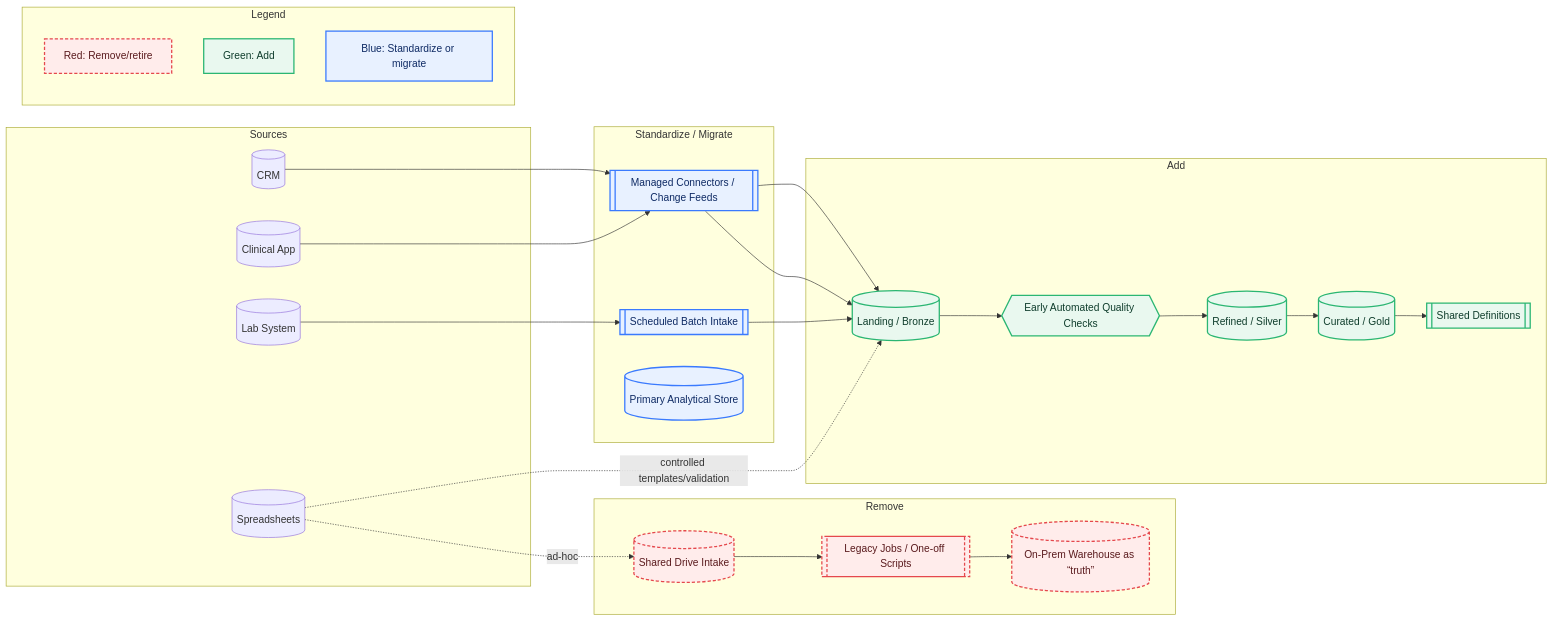
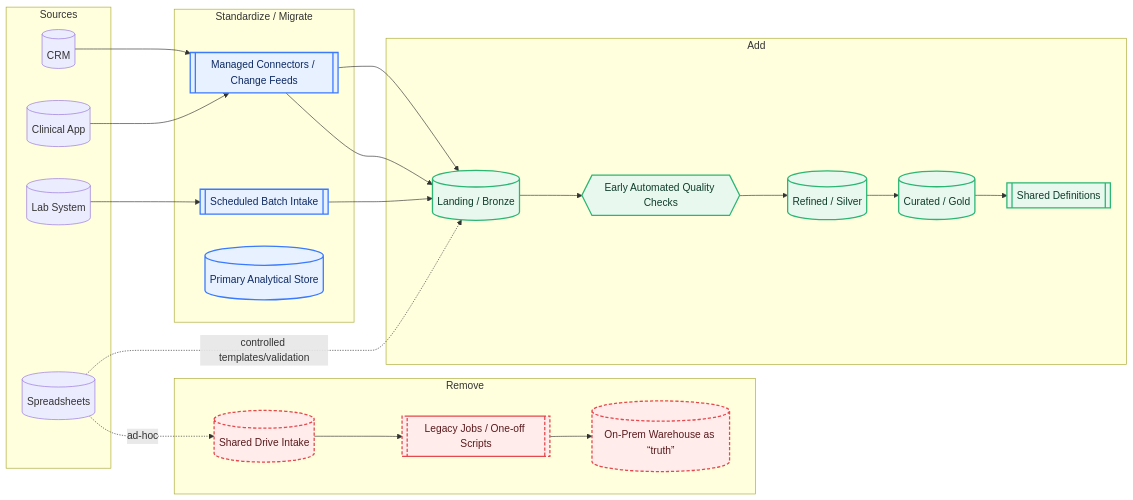
The third of 3 diagrams in _posts/2025-08-27-fragmented-data-flows-to-governed-data-pipelines.md.md (mlogan914/mlogan914.github.io), drawn with Mermaid before and after one commit. The commit also changed other lines of this file, not shown here.

Commit message:
Updated article

````diff
--- a/_posts/2025-08-27-fragmented-data-flows-to-governed-data-pipelines.md.md
+++ b/_posts/2025-08-27-fragmented-data-flows-to-governed-data-pipelines.md.md
@@ -136,64 +136,54 @@
 ```mermaid
 flowchart LR
   %% DELTA MAP: Red=retire, Green=add, Blue=standardize/migrate
 
   %% Sources (unchanged)
   subgraph SRC[Sources]
     CRM[(CRM)]
     EHR[(Clinical App)]
     LIMS[(Lab System)]
     Sheets[(Spreadsheets)]
   end
 
   %% Retire / Remove (RED)
   subgraph RET[Remove]
     NAS[(Shared Drive Intake)]:::retire
     Legacy[[Legacy Jobs / One-off Scripts]]:::retire
     OnDW[(On-Prem Warehouse as “truth”)]:::retire
   end
 
   %% Add (GREEN)
   subgraph ADD[Add]
     Bronze[(Landing / Bronze)]:::add
     DQ{{Early Automated Quality Checks}}:::add
     Silver[(Refined / Silver)]:::add
     Gold[(Curated / Gold)]:::add
     Semantic[[Shared Definitions]]:::add
   end
 
   %% Standardize / Migrate (BLUE)
   subgraph STD[Standardize / Migrate]
     CDC[[Managed Connectors / Change Feeds]]:::migrate
     Batch[[Scheduled Batch Intake]]:::migrate
     Cloud[(Primary Analytical Store)]:::migrate
   end
 
   %% Flows into the governed entry points
   CRM --> CDC --> Bronze
   EHR --> CDC --> Bronze
   LIMS --> Batch --> Bronze
   Sheets -. controlled templates/validation .-> Bronze
 
   %% Old/retiring paths (fading)
   Sheets -. ad-hoc .-> NAS
   NAS --> Legacy --> OnDW
 
   %% New governed flow
   Bronze --> DQ --> Silver --> Gold
   Gold --> Semantic
 
   %% Styling
   classDef retire fill:#ffeceb,stroke:#e5484d,stroke-dasharray:5 3,stroke-width:2px,color:#5a1a1d;
   classDef add fill:#e9f8ef,stroke:#2bb673,stroke-width:2px,color:#0f3d2c;
   classDef migrate fill:#e8f1ff,stroke:#3a7afe,stroke-width:2px,color:#0e2a64;
-
-  %% Legend (self-contained so screenshots still make sense)
-  subgraph LEGEND[Legend]
-    L1[Red: Remove/retire]
-    L2[Green: Add]
-    L3[Blue: Standardize or migrate]
-  end
-  L1:::retire
-  L2:::add
-  L3:::migrate
 ```
````
